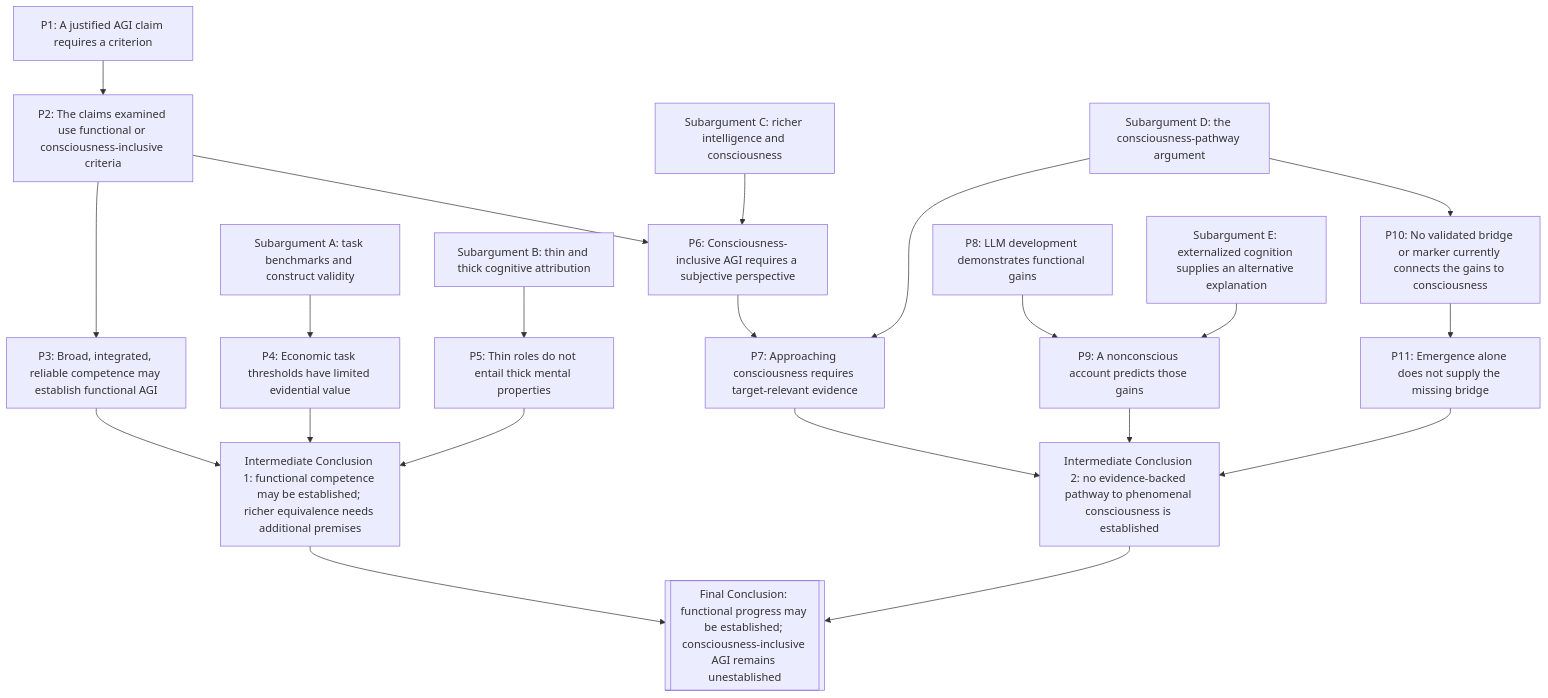
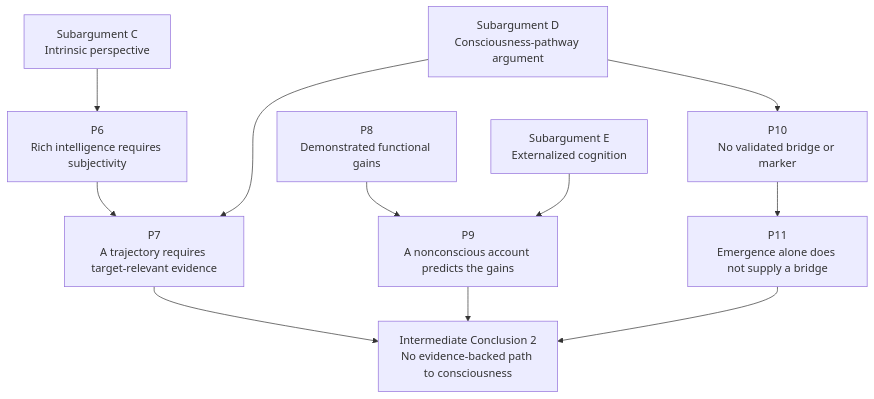
The second of 3 diagrams in AI Draft/AI Is Not Intelligent - Argument Skeleton.md (AdamQJSmith/Reality-in-Layers), drawn with Mermaid before and after one commit. The commit also changed other lines of this file, not shown here.

Commit message:
Make AGI argument dependency maps easier to follow

````diff
--- a/AI Draft/AI Is Not Intelligent - Argument Skeleton.md
+++ b/AI Draft/AI Is Not Intelligent - Argument Skeleton.md
@@ -84,26 +160,16 @@
 ```mermaid
-graph TD
-    P1["P1: A justified AGI claim requires a criterion"] --> P2["P2: The claims examined use functional or consciousness-inclusive criteria"]
+flowchart TD
+    C["Subargument C<br/>Intrinsic perspective"] --> P6["P6<br/>Rich intelligence requires subjectivity"]
+    P6 --> P7["P7<br/>A trajectory requires target-relevant evidence"]
 
-    P2 --> P3["P3: Broad, integrated, reliable competence may establish functional AGI"]
-    A["Subargument A: task benchmarks and construct validity"] --> P4["P4: Economic task thresholds have limited evidential value"]
-    B["Subargument B: thin and thick cognitive attribution"] --> P5["P5: Thin roles do not entail thick mental properties"]
-    P3 --> IC1["Intermediate Conclusion 1: functional competence may be established; richer equivalence needs additional premises"]
-    P4 --> IC1
-    P5 --> IC1
+    P8["P8<br/>Demonstrated functional gains"] --> P9["P9<br/>A nonconscious account predicts the gains"]
+    E["Subargument E<br/>Externalized cognition"] --> P9
 
-    P2 --> P6["P6: Consciousness-inclusive AGI requires a subjective perspective"]
-    C["Subargument C: richer intelligence and consciousness"] --> P6
-    P6 --> P7["P7: Approaching consciousness requires target-relevant evidence"]
-    P8["P8: LLM development demonstrates functional gains"] --> P9["P9: A nonconscious account predicts those gains"]
-    E["Subargument E: externalized cognition supplies an alternative explanation"] --> P9
-    D["Subargument D: the consciousness-pathway argument"] --> P7
-    D --> P10["P10: No validated bridge or marker currently connects the gains to consciousness"]
-    P10 --> P11["P11: Emergence alone does not supply the missing bridge"]
-    P7 --> IC2["Intermediate Conclusion 2: no evidence-backed pathway to phenomenal consciousness is established"]
+    D["Subargument D<br/>Consciousness-pathway argument"] --> P7
+    D --> P10["P10<br/>No validated bridge or marker"]
+    P10 --> P11["P11<br/>Emergence alone does not supply a bridge"]
+
+    P7 --> IC2["Intermediate Conclusion 2<br/>No evidence-backed path to consciousness"]
     P9 --> IC2
     P11 --> IC2
-
-    IC1 --> FC[["Final Conclusion: functional progress may be established; consciousness-inclusive AGI remains unestablished"]]
-    IC2 --> FC
 ```
````
